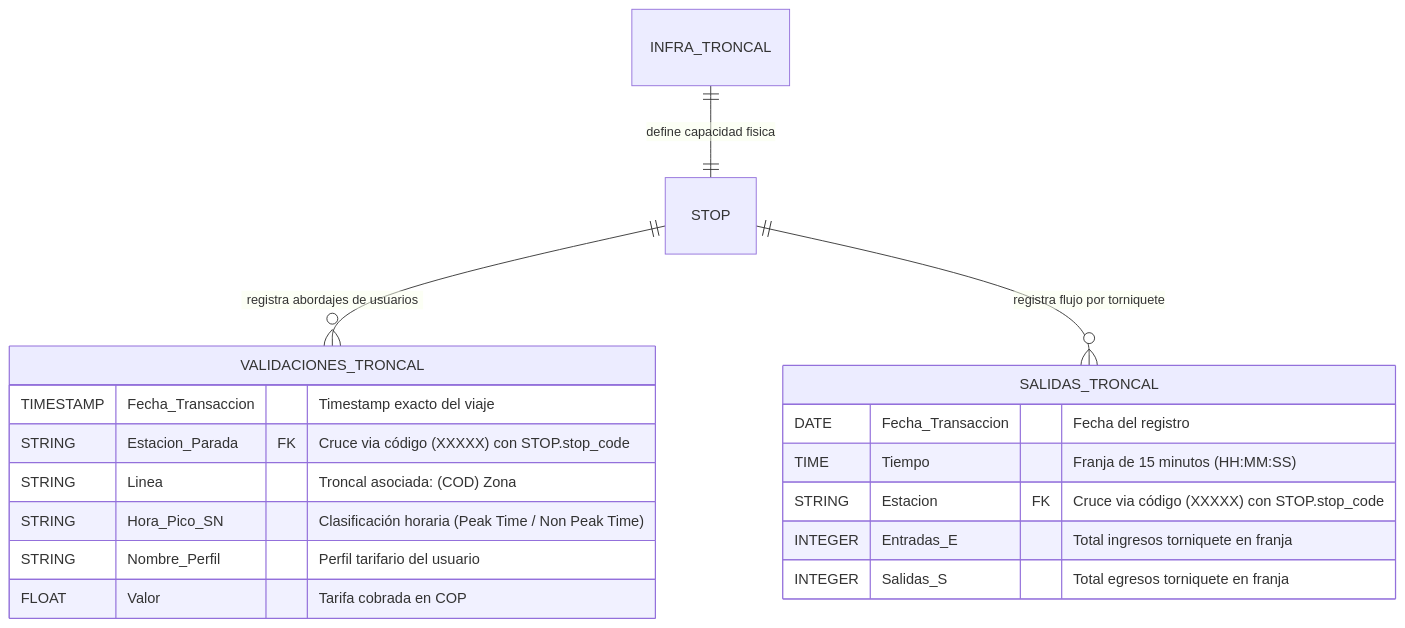
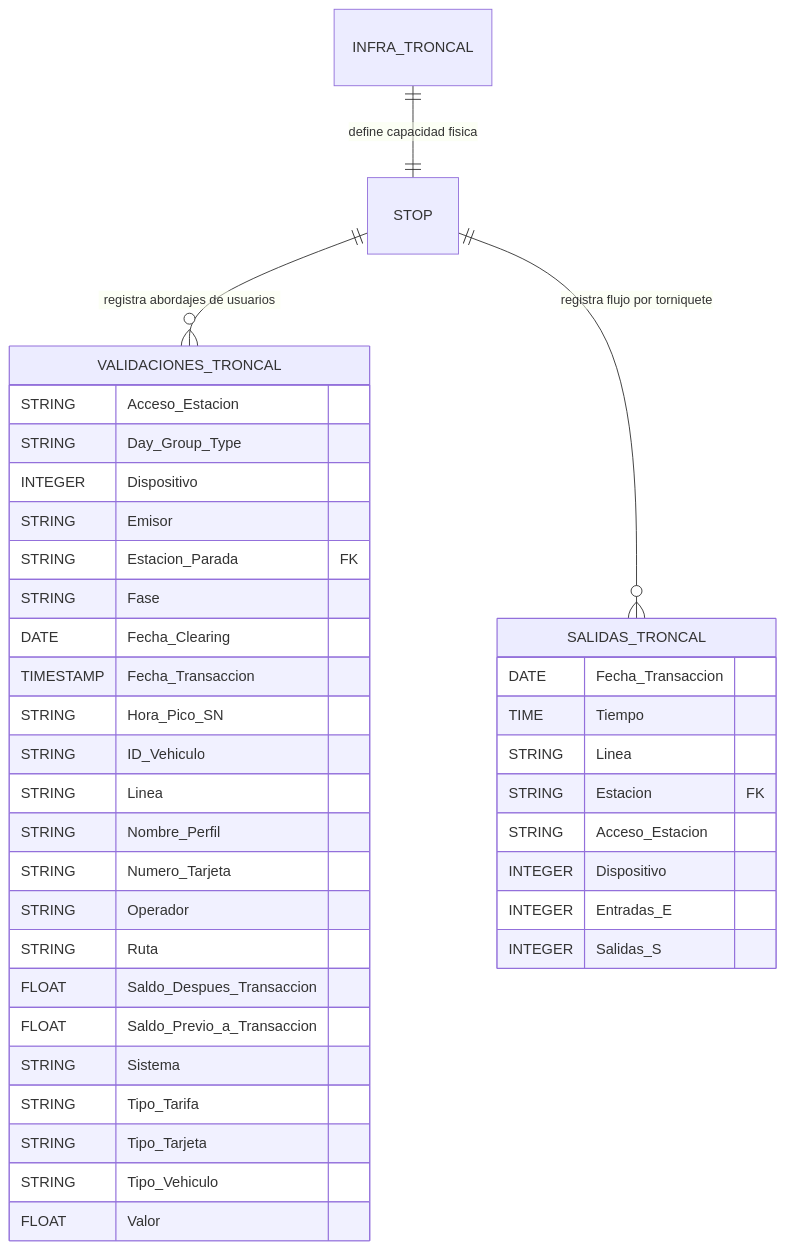
Before and after one commit to TheLudway/FlowTM: the second of 2 diagrams in data/README.md, drawn with Mermaid. The commit also changed other lines of this file and 1 other file, not shown here.

Commit message:
refactor(data): organizar rutas por subcarpetas, limpiar filtros en exploracion y actualizar diagrama mermaid

````diff
--- a/data/README.md
+++ b/data/README.md
@@ -300,23 +300,42 @@
 ```mermaid
 erDiagram
     STOP ||--o{ VALIDACIONES_TRONCAL : "registra abordajes de usuarios"
     STOP ||--o{ SALIDAS_TRONCAL : "registra flujo por torniquete"
     INFRA_TRONCAL ||--|| STOP : "define capacidad fisica"
 
     VALIDACIONES_TRONCAL {
-        TIMESTAMP Fecha_Transaccion "Timestamp exacto del viaje"
-        STRING Estacion_Parada FK "Cruce via código (XXXXX) con STOP.stop_code"
-        STRING Linea "Troncal asociada: (COD) Zona"
-        STRING Hora_Pico_SN "Clasificación horaria (Peak Time / Non Peak Time)"
-        STRING Nombre_Perfil "Perfil tarifario del usuario"
-        FLOAT Valor "Tarifa cobrada en COP"
+        STRING Acceso_Estacion
+        STRING Day_Group_Type
+        INTEGER Dispositivo
+        STRING Emisor
+        STRING Estacion_Parada FK
+        STRING Fase
+        DATE Fecha_Clearing
+        TIMESTAMP Fecha_Transaccion
+        STRING Hora_Pico_SN
+        STRING ID_Vehiculo
+        STRING Linea
+        STRING Nombre_Perfil
+        STRING Numero_Tarjeta
+        STRING Operador
+        STRING Ruta
+        FLOAT Saldo_Despues_Transaccion
+        FLOAT Saldo_Previo_a_Transaccion
+        STRING Sistema
+        STRING Tipo_Tarifa
+        STRING Tipo_Tarjeta
+        STRING Tipo_Vehiculo
+        FLOAT Valor
     }
 
     SALIDAS_TRONCAL {
-        DATE Fecha_Transaccion "Fecha del registro"
-        TIME Tiempo "Franja de 15 minutos (HH:MM:SS)"
-        STRING Estacion FK "Cruce via código (XXXXX) con STOP.stop_code"
-        INTEGER Entradas_E "Total ingresos torniquete en franja"
-        INTEGER Salidas_S "Total egresos torniquete en franja"
+        DATE Fecha_Transaccion
+        TIME Tiempo
+        STRING Linea
+        STRING Estacion FK
+        STRING Acceso_Estacion
+        INTEGER Dispositivo
+        INTEGER Entradas_E
+        INTEGER Salidas_S
     }
 ```
````
